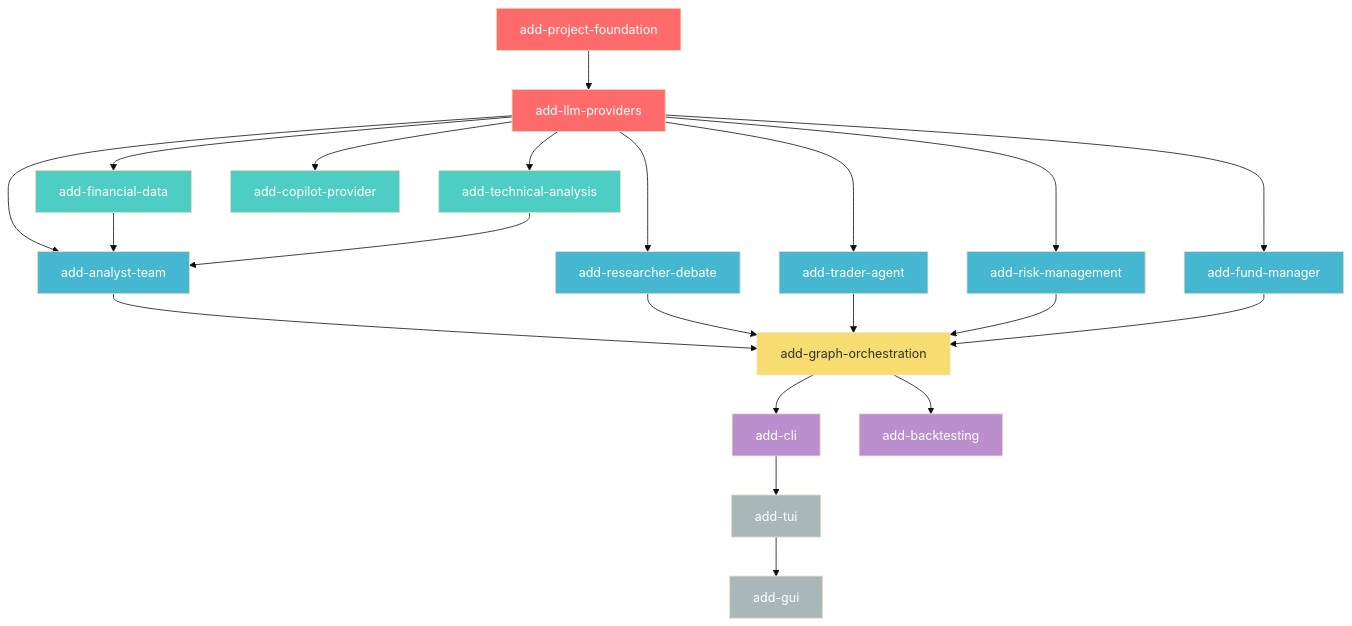
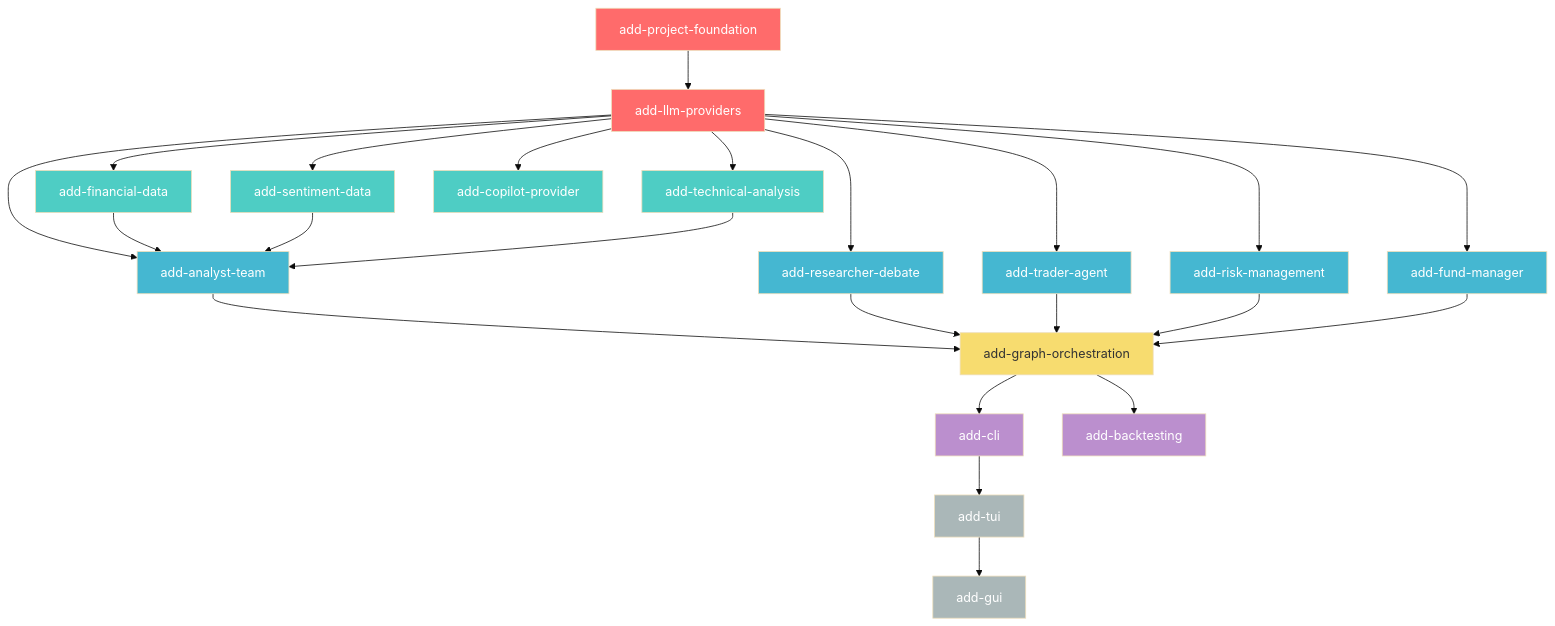
Before and after one commit to BigtoC/scorpio-analyst: the diagram in docs/architect-plan.md, drawn with Mermaid (base theme). The commit also changed other lines of this file and 2 other files, not shown here.

Commit message:
feat: Expand capability inventory to include sentiment data and update financial data specifications

````diff
--- a/docs/architect-plan.md
+++ b/docs/architect-plan.md
@@ -123,42 +125,45 @@
 ```mermaid
 graph TD
     F[add-project-foundation]
     F --> LLM[add-llm-providers]
 %% After foundation, these spec DOCUMENTS can be written in parallel.
 %% Implementation dependencies shown with solid arrows.
 %% Spec-writing-only dependencies shown with dotted arrows.
     LLM --> FD[add-financial-data]
+    LLM --> SD[add-sentiment-data]
     LLM --> TA[add-technical-analysis]
     LLM --> CP[add-copilot-provider]
     LLM --> AT[add-analyst-team]
     LLM --> RD[add-researcher-debate]
     LLM --> TR[add-trader-agent]
     LLM --> RM[add-risk-management]
     LLM --> FM[add-fund-manager]
     FD --> AT
+    SD --> AT
     TA --> AT
     AT --> GO[add-graph-orchestration]
     RD --> GO
     TR --> GO
     RM --> GO
     FM --> GO
     GO --> CLI[add-cli]
     GO --> BT[add-backtesting]
     CLI --> TUI[add-tui]
     TUI --> GUI[add-gui]
     style F fill: #ff6b6b, color: #fff
     style LLM fill: #ff6b6b, color: #fff
     style FD fill: #4ecdc4, color: #fff
+    style SD fill: #4ecdc4, color: #fff
     style TA fill: #4ecdc4, color: #fff
     style CP fill: #4ecdc4, color: #fff
     style AT fill: #45b7d1, color: #fff
     style RD fill: #45b7d1, color: #fff
     style TR fill: #45b7d1, color: #fff
     style RM fill: #45b7d1, color: #fff
     style FM fill: #45b7d1, color: #fff
     style GO fill: #f7dc6f, color: #333
     style CLI fill: #bb8fce, color: #fff
     style BT fill: #bb8fce, color: #fff
     style TUI fill: #aab7b8, color: #fff
     style GUI fill: #aab7b8, color: #fff
 ```
````
